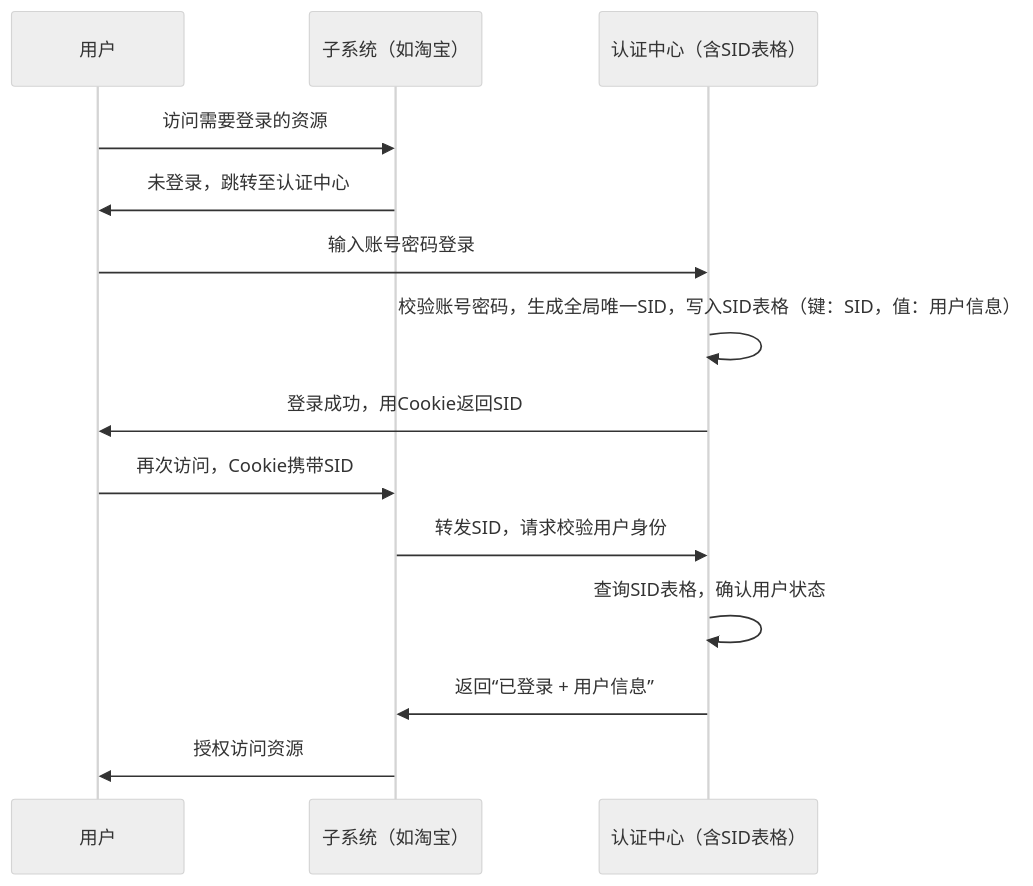
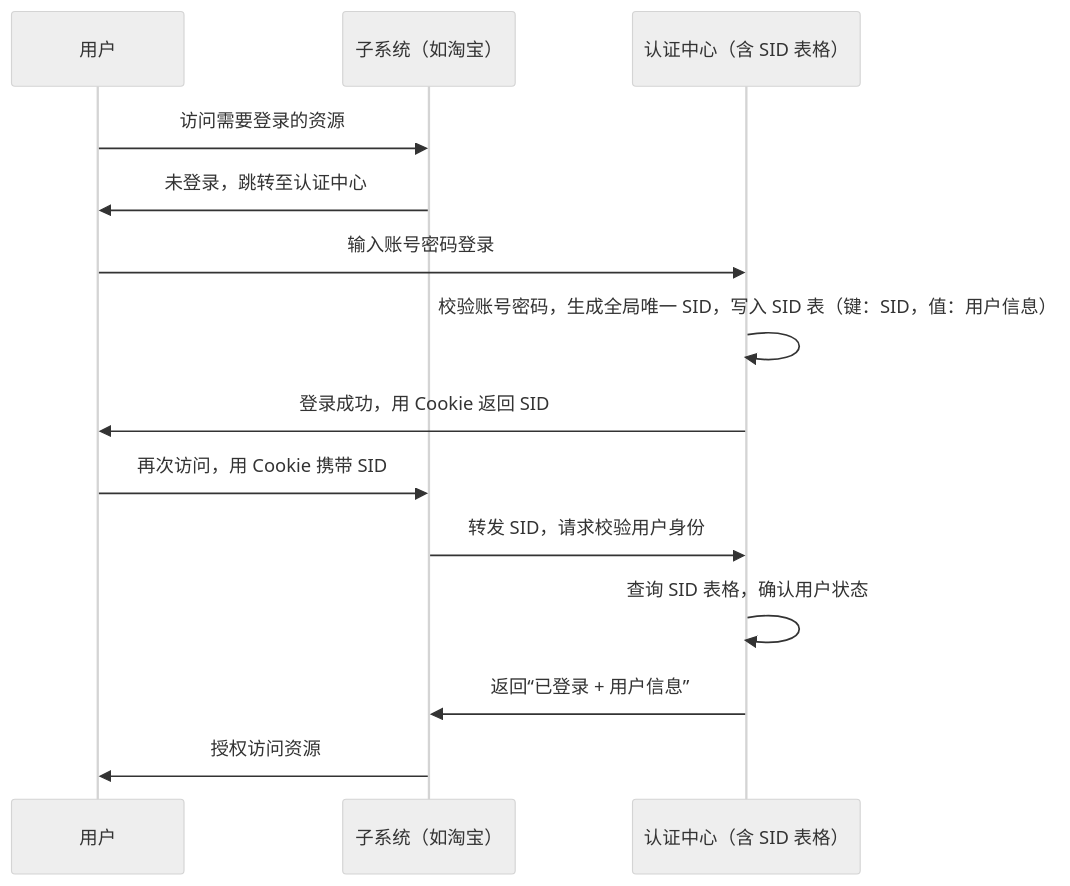
Before and after one commit to donghao-doc/donghao-doc.github.io: the second of 4 diagrams in docs/solution/single-sign-on.md, drawn with Mermaid (neutral theme). The commit also changed other lines of this file, not shown here.

````diff
--- a/docs/solution/single-sign-on.md
+++ b/docs/solution/single-sign-on.md
@@ -26,17 +25,17 @@
 ```mermaid
 sequenceDiagram
     participant User as 用户
     participant SubTaobao as 子系统（如淘宝）
-    participant Auth as 认证中心（含SID表格）
+    participant Auth as 认证中心（含 SID 表格）
 
     User->>SubTaobao: 访问需要登录的资源
     SubTaobao->>User: 未登录，跳转至认证中心
     User->>Auth: 输入账号密码登录
-    Auth->>Auth: 校验账号密码，生成全局唯一SID，写入SID表格（键：SID，值：用户信息）
-    Auth->>User: 登录成功，用Cookie返回SID
-    User->>SubTaobao: 再次访问，Cookie携带SID
-    SubTaobao->>Auth: 转发SID，请求校验用户身份
-    Auth->>Auth: 查询SID表格，确认用户状态
+    Auth->>Auth: 校验账号密码，生成全局唯一 SID，写入 SID 表（键：SID，值：用户信息）
+    Auth->>User: 登录成功，用 Cookie 返回 SID
+    User->>SubTaobao: 再次访问，用 Cookie 携带 SID
+    SubTaobao->>Auth: 转发 SID，请求校验用户身份
+    Auth->>Auth: 查询 SID 表格，确认用户状态
     Auth->>SubTaobao: 返回“已登录 + 用户信息”
     SubTaobao->>User: 授权访问资源
 ```
````
